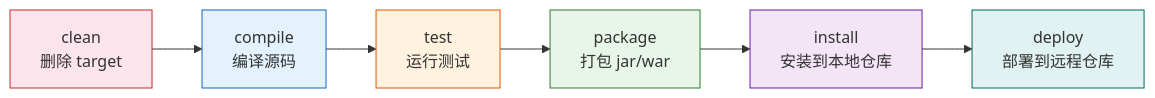
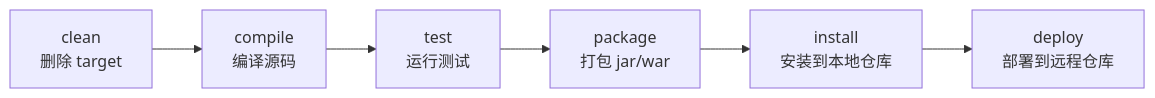
One commit to Ramxxxf/java-learn changed the third of 3 diagrams in Tutorial/Module00-Environment/lesson.md. Above: the diagram before and after it, drawn with Mermaid. The commit also changed other lines of this file and 2 other files, not shown here.

Commit message:
移除 Mermaid 自定义颜色样式，改用默认主题适配明暗模式

````diff
--- a/Tutorial/Module00-Environment/lesson.md
+++ b/Tutorial/Module00-Environment/lesson.md
@@ -269,15 +266,9 @@
 ```mermaid
 flowchart LR
     A["clean<br/>删除 target"] --> B["compile<br/>编译源码"]
     B --> C["test<br/>运行测试"]
     C --> D["package<br/>打包 jar/war"]
     D --> E["install<br/>安装到本地仓库"]
     E --> F["deploy<br/>部署到远程仓库"]
 
-    style A fill:#fce4ec,stroke:#c62828
-    style B fill:#e3f2fd,stroke:#1565c0
-    style C fill:#fff3e0,stroke:#e65100
-    style D fill:#e8f5e9,stroke:#2e7d32
-    style E fill:#f3e5f5,stroke:#6a1b9a
-    style F fill:#e0f2f1,stroke:#00695c
 ```
````
